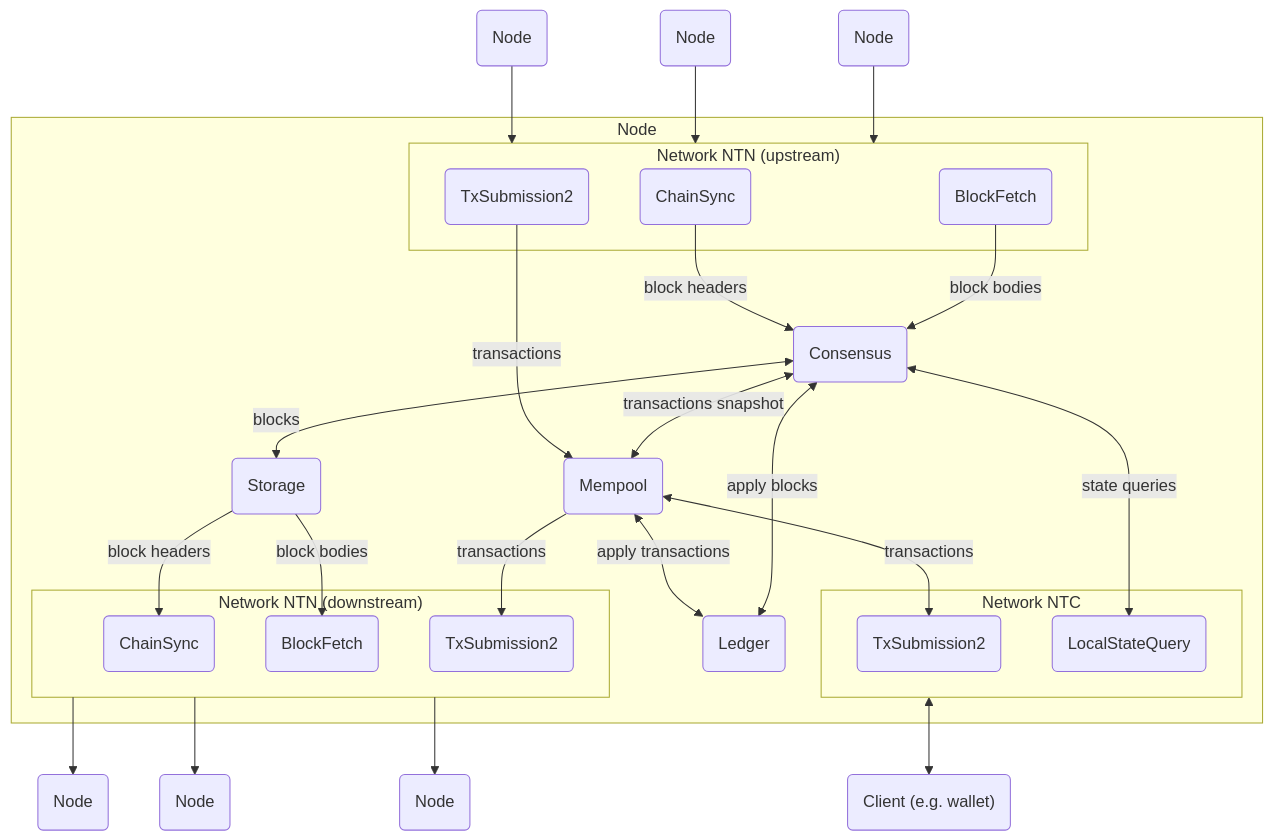
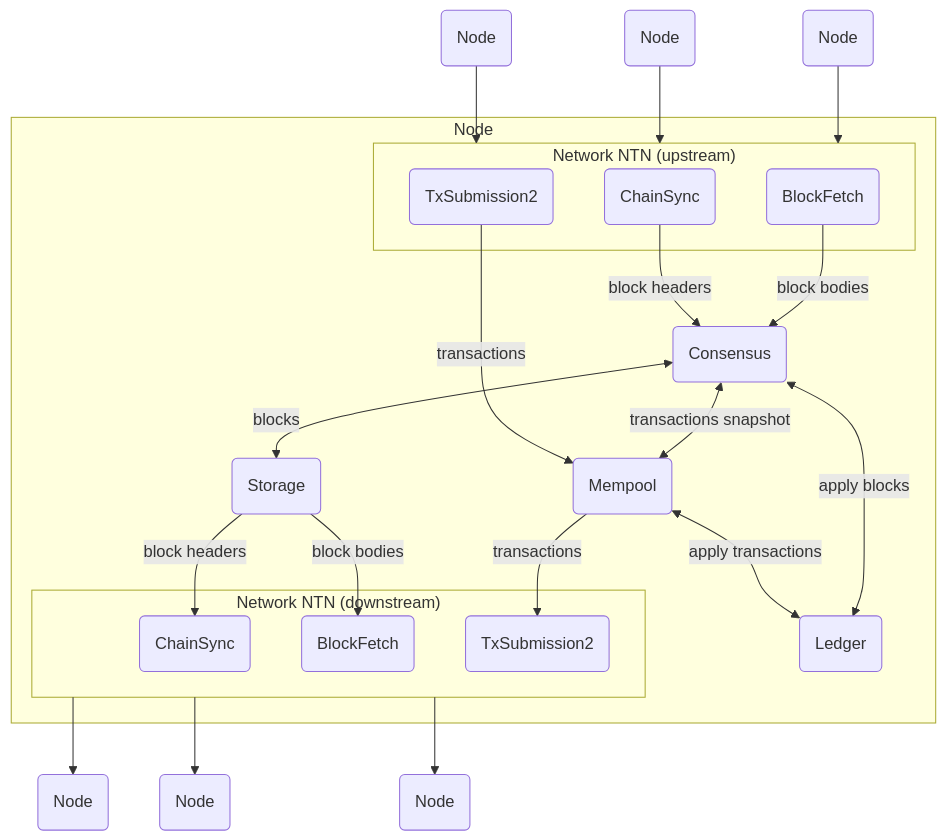
Before and after one commit to rkuhn/cardano-blueprint: the diagram in src/consensus/README.md, drawn with Mermaid. The commit also changed other lines of this file and 58 other files, not shown here.

````diff
--- a/src/consensus/README.md
+++ b/src/consensus/README.md
@@ -20,43 +20,35 @@
 ```mermaid
 flowchart TD
     NN1("Node") --> NTN1
     NN2("Node") --> NTN1
     NN3("Node") --> NTN1
 
     NTN2 --> N6("Node")
     NTN2 --> N4("Node")
     NTN2 --> N5("Node")
-
-    NTC <--> CL("Client (e.g. wallet)")
 
     subgraph "Node";
       subgraph NTN1 ["Network NTN (upstream)"];
           M1("ChainSync")
           M2("BlockFetch")
           M3("TxSubmission2")
       end
       M1 --> |block headers| A("Consensus")
       M2 --> |block bodies| A("Consensus")
       subgraph NTN2 ["Network NTN (downstream)"];
           N1("ChainSync")
           N2("BlockFetch")
           N3("TxSubmission2")
       end
 
       M3 --> |transactions| G
       D --> |block headers| N1
       D --> |block bodies| N2
       A("Consensus") <--> |blocks| D("Storage")
       G <--> |apply transactions| C
       A("Consensus") <--> |apply blocks| C("Ledger")
       A("Consensus") <-->|transactions snapshot| G("Mempool")
       G --> |transactions| N3
-      G <--> |transactions| O2
-      A("Consensus") <-->|state queries| O1
-      subgraph NTC [Network NTC];
-          O1("LocalStateQuery")
-          O2("TxSubmission2")
-      end
 
     end
 ```
````
